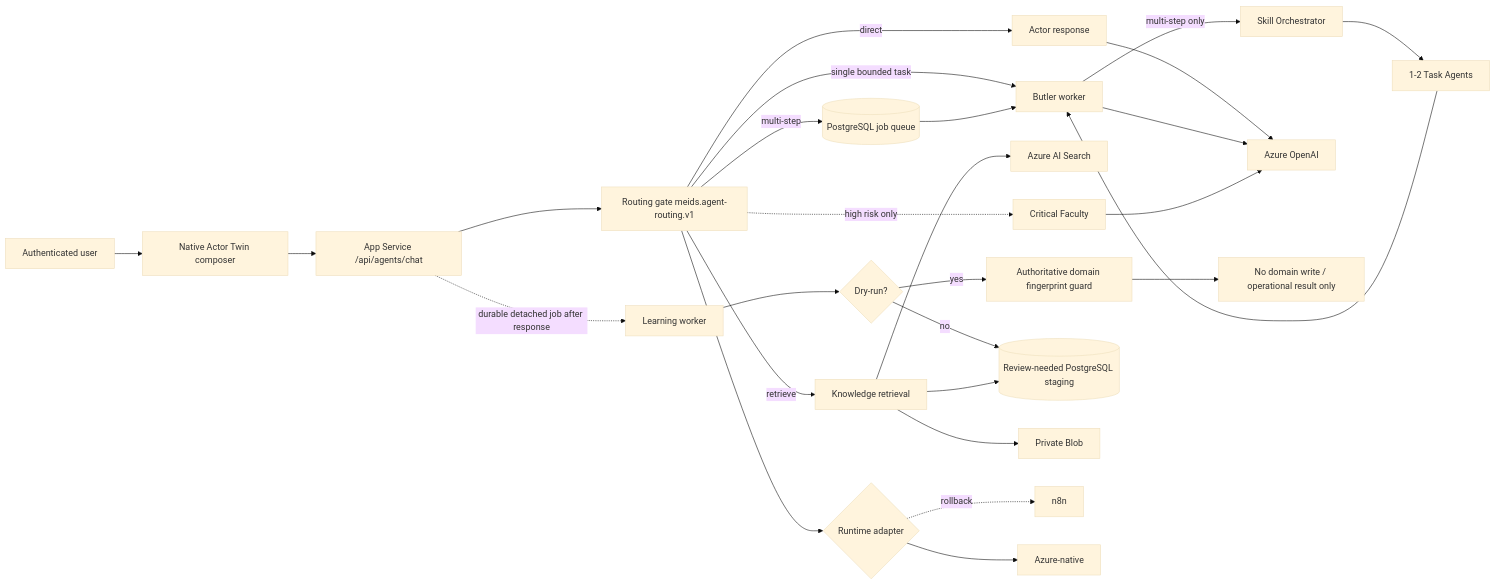
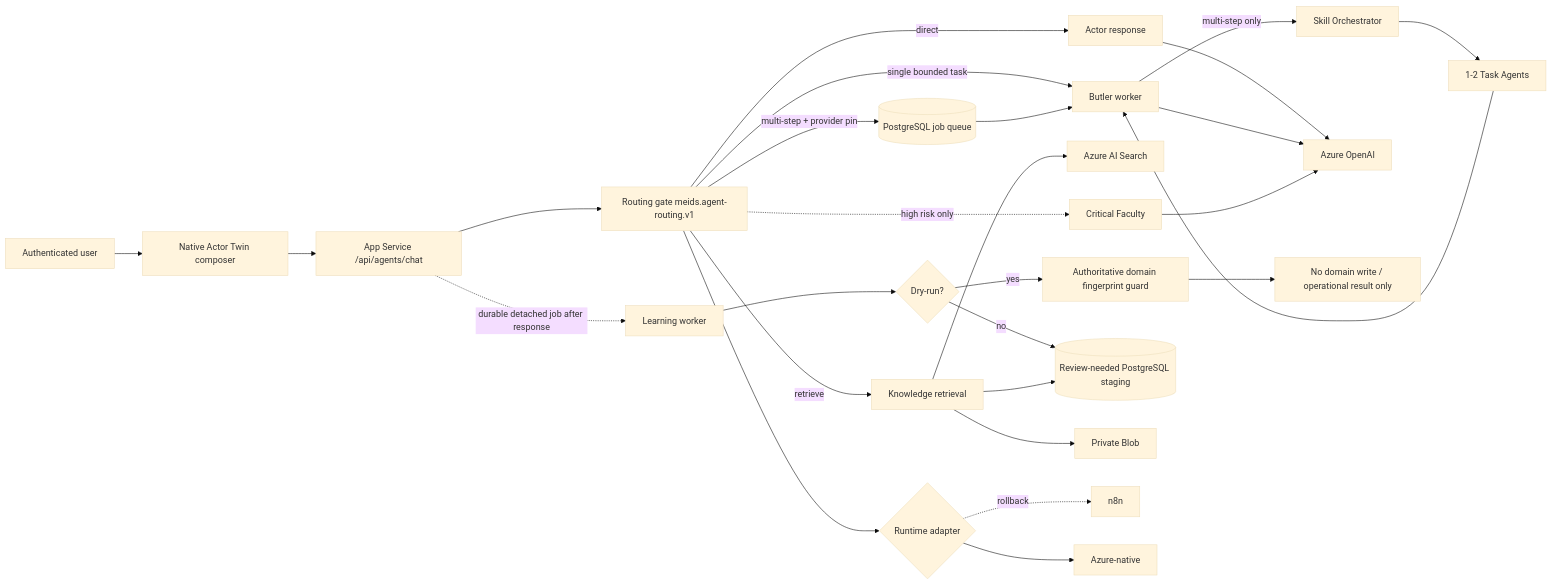
Before and after one commit to florianliepe/meids-app: the second of 2 diagrams in docs/production/azure-native-agent-target.md, drawn with Mermaid (base theme). The commit also changed other lines of this file and 9 other files, not shown here.

Commit message:
Pin queued agent jobs to their runtime provider

````diff
--- a/docs/production/azure-native-agent-target.md
+++ b/docs/production/azure-native-agent-target.md
@@ -40,29 +40,29 @@
 ```mermaid
 flowchart LR
   U[Authenticated user] --> F[Native Actor Twin composer]
   F --> API[App Service /api/agents/chat]
   API --> G[Routing gate meids.agent-routing.v1]
   G -->|direct| A[Actor response]
   G -->|retrieve| K[Knowledge retrieval]
   G -->|single bounded task| B[Butler worker]
-  G -->|multi-step| Q[(PostgreSQL job queue)]
+  G -->|multi-step + provider pin| Q[(PostgreSQL job queue)]
   Q --> B
   B -->|multi-step only| S[Skill Orchestrator]
   S --> T[1-2 Task Agents]
   T --> B
   K --> AS[Azure AI Search]
   A --> AO[Azure OpenAI]
   B --> AO
   G -. high risk only .-> C[Critical Faculty]
   C --> AO
   API -. durable detached job after response .-> L[Learning worker]
   L --> LD{Dry-run?}
   LD -->|yes| FP[Authoritative domain fingerprint guard]
   LD -->|no| PG[(Review-needed PostgreSQL staging)]
   FP --> NW[No domain write / operational result only]
   K --> PG
   K --> BL[Private Blob]
   G --> AD{Runtime adapter}
   AD -. rollback .-> N[n8n]
   AD --> AZ[Azure-native]
 ```
````
